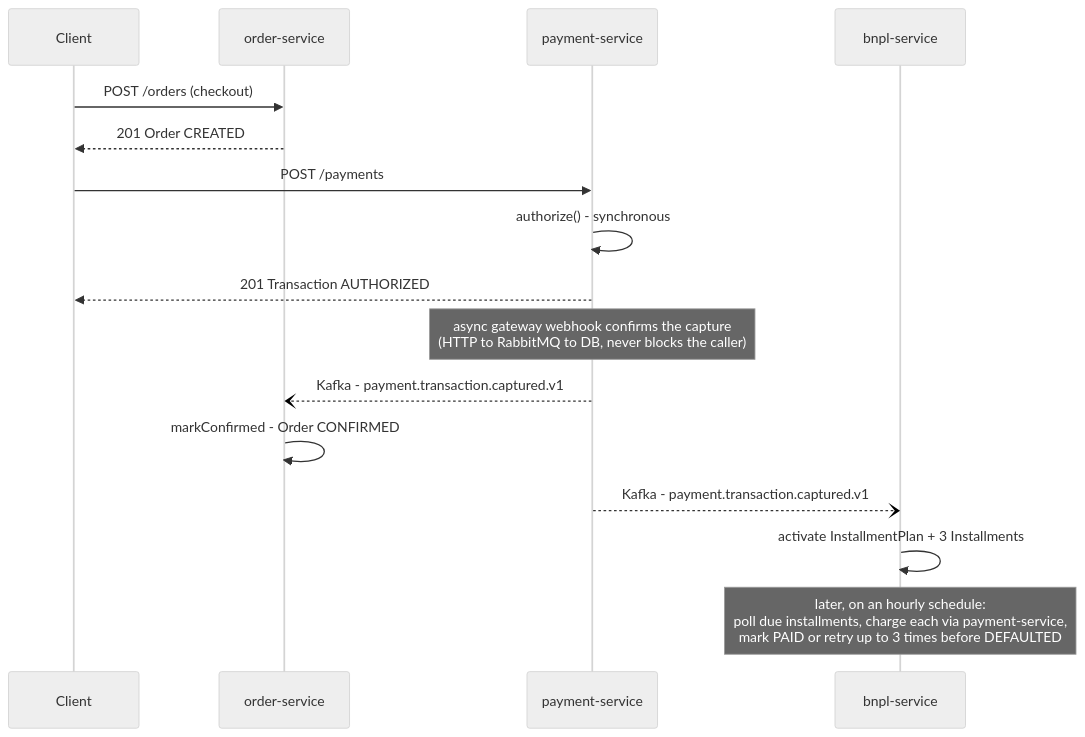
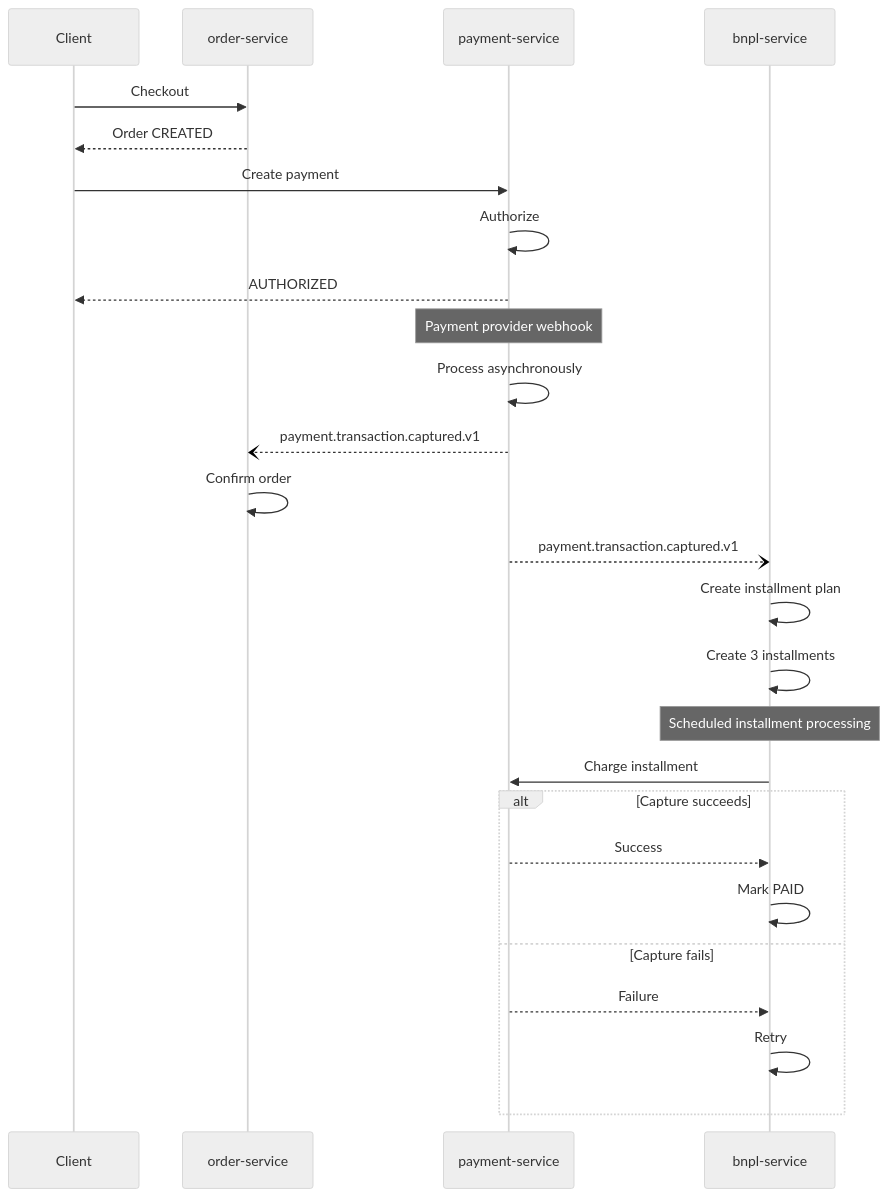
The second of 2 diagrams in README.md (AnthonyPastor/ecommerce-with-bnpl-event-driven-architecture), drawn with Mermaid (neutral theme) before and after one commit. The commit also changed other lines of this file and 7 other files, not shown here.

First line of the commit message:
Shorten the root README, move deep architecture docs into docs/

````diff
--- a/README.md
+++ b/README.md
@@ -71,24 +139,35 @@
 ```mermaid
 sequenceDiagram
     participant Client
     participant Order as order-service
     participant Payment as payment-service
-    participant Bnpl as bnpl-service
+    participant BNPL as bnpl-service
 
-    Client->>Order: POST /orders (checkout)
-    Order-->>Client: 201 Order CREATED
+    Client->>Order: Checkout
+    Order-->>Client: Order CREATED
 
-    Client->>Payment: POST /payments
-    Payment->>Payment: authorize() - synchronous
-    Payment-->>Client: 201 Transaction AUTHORIZED
+    Client->>Payment: Create payment
+    Payment->>Payment: Authorize
+    Payment-->>Client: AUTHORIZED
 
-    Note over Payment: async gateway webhook confirms the capture<br/>(HTTP to RabbitMQ to DB, never blocks the caller)
+    Note over Payment: Payment provider webhook
+    Payment->>Payment: Process asynchronously
 
-    Payment--)Order: Kafka - payment.transaction.captured.v1
-    Order->>Order: markConfirmed - Order CONFIRMED
+    Payment--)Order: payment.transaction.captured.v1
+    Order->>Order: Confirm order
 
-    Payment--)Bnpl: Kafka - payment.transaction.captured.v1
-    Bnpl->>Bnpl: activate InstallmentPlan + 3 Installments
+    Payment--)BNPL: payment.transaction.captured.v1
+    BNPL->>BNPL: Create installment plan
+    BNPL->>BNPL: Create 3 installments
 
-    Note over Bnpl: later, on an hourly schedule:<br/>poll due installments, charge each via payment-service,<br/>mark PAID or retry up to 3 times before DEFAULTED
+    Note over BNPL: Scheduled installment processing
+    BNPL->>Payment: Charge installment
+
+    alt Capture succeeds
+        Payment-->>BNPL: Success
+        BNPL->>BNPL: Mark PAID
+    else Capture fails
+        Payment-->>BNPL: Failure
+        BNPL->>BNPL: Retry
+    end
 ```
````
